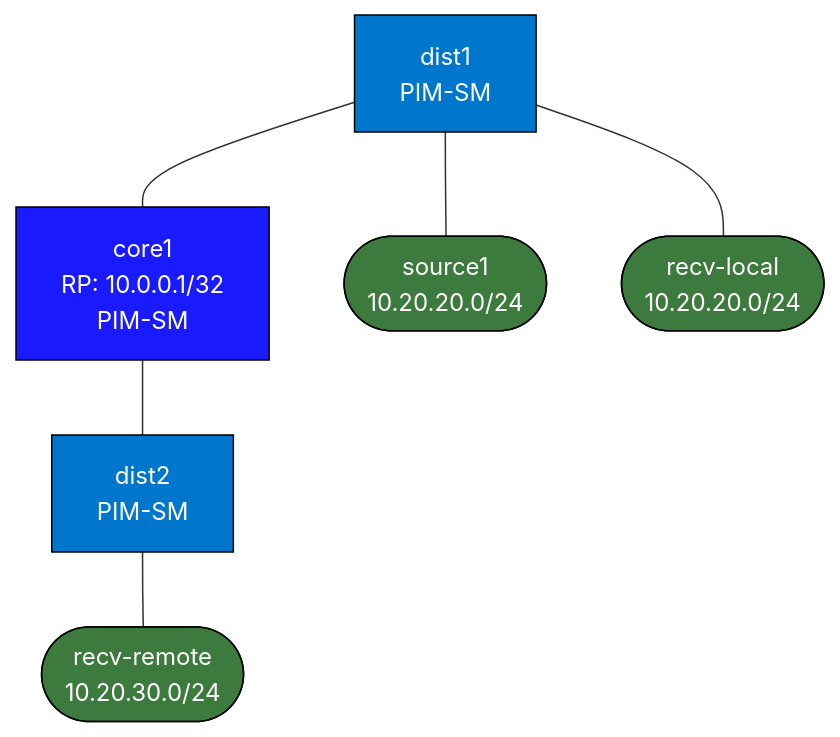
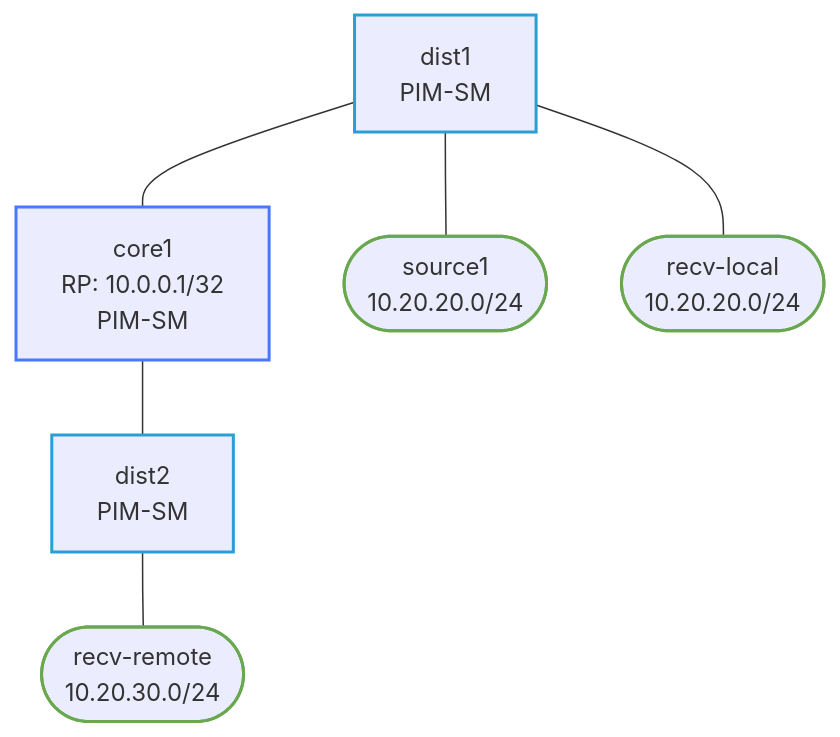
The diagram in labs/enterprise-multicast/README.md (jschless/networkingLabs), drawn with Mermaid before and after one commit. The commit also changed 250 other files, not shown here.

Commit message:
Fix unreadable topology diagrams, convert ASCII art, publish assessments (#57)

````diff
--- a/labs/enterprise-multicast/README.md
+++ b/labs/enterprise-multicast/README.md
@@ -28,23 +28,23 @@
 ```mermaid
 flowchart TB
-    core1["core1\nRP: 10.0.0.1/32\nPIM-SM"]
-    dist1["dist1\nPIM-SM"]
-    dist2["dist2\nPIM-SM"]
-    src(["source1\n10.20.20.0/24"])
-    recvlocal(["recv-local\n10.20.20.0/24"])
-    recvremote(["recv-remote\n10.20.30.0/24"])
+    core1["core1<br/>RP: 10.0.0.1/32<br/>PIM-SM"]
+    dist1["dist1<br/>PIM-SM"]
+    dist2["dist2<br/>PIM-SM"]
+    src(["source1<br/>10.20.20.0/24"])
+    recvlocal(["recv-local<br/>10.20.20.0/24"])
+    recvremote(["recv-remote<br/>10.20.30.0/24"])
 
     dist1 --- core1
     core1 --- dist2
     dist1 --- src
     dist1 --- recvlocal
     dist2 --- recvremote
 
-    classDef core   fill:#1a1aff,color:#fff,stroke:#000
-    classDef dist   fill:#0077cc,color:#fff,stroke:#000
-    classDef host   fill:#3d7a3d,color:#fff,stroke:#000
+    classDef core stroke:#4778ff,stroke-width:2px
+    classDef dist stroke:#2a9fd6,stroke-width:2px
+    classDef host stroke:#6aa84f,stroke-width:2px
 
     class core1 core
     class dist1,dist2 dist
     class src,recvlocal,recvremote host
 ```
````
